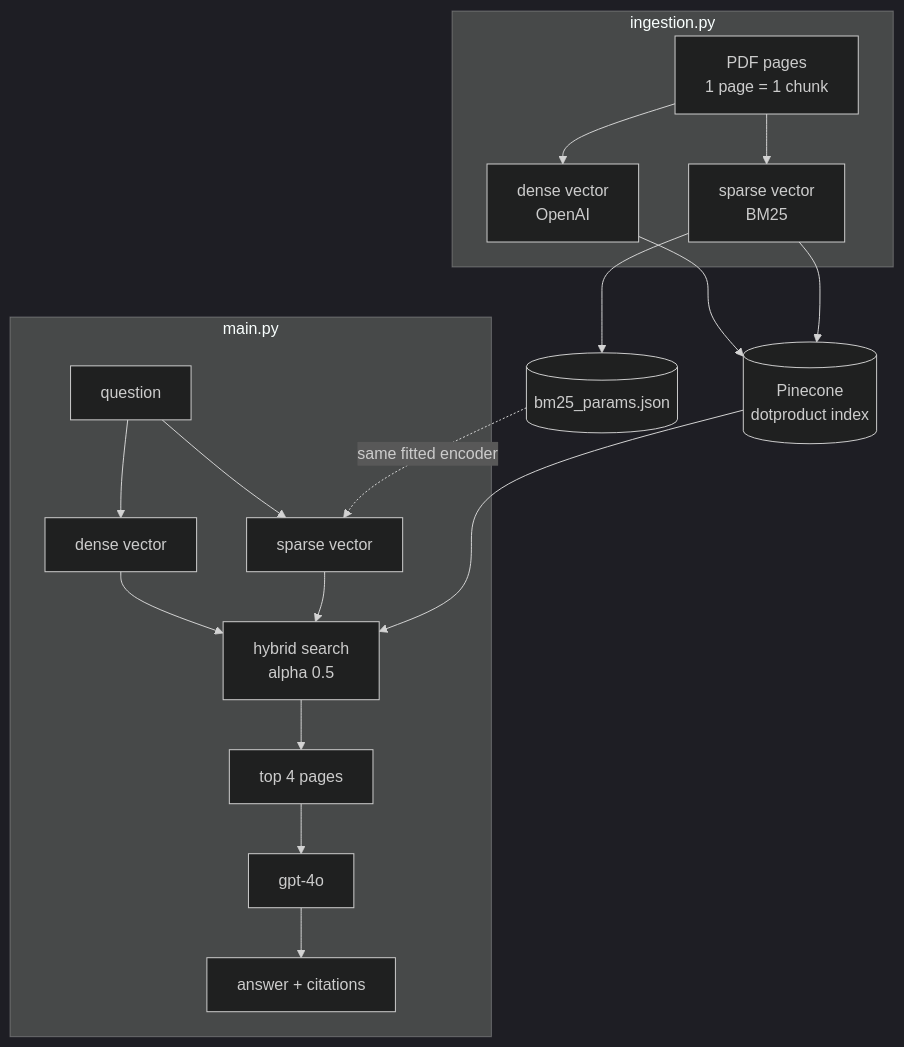
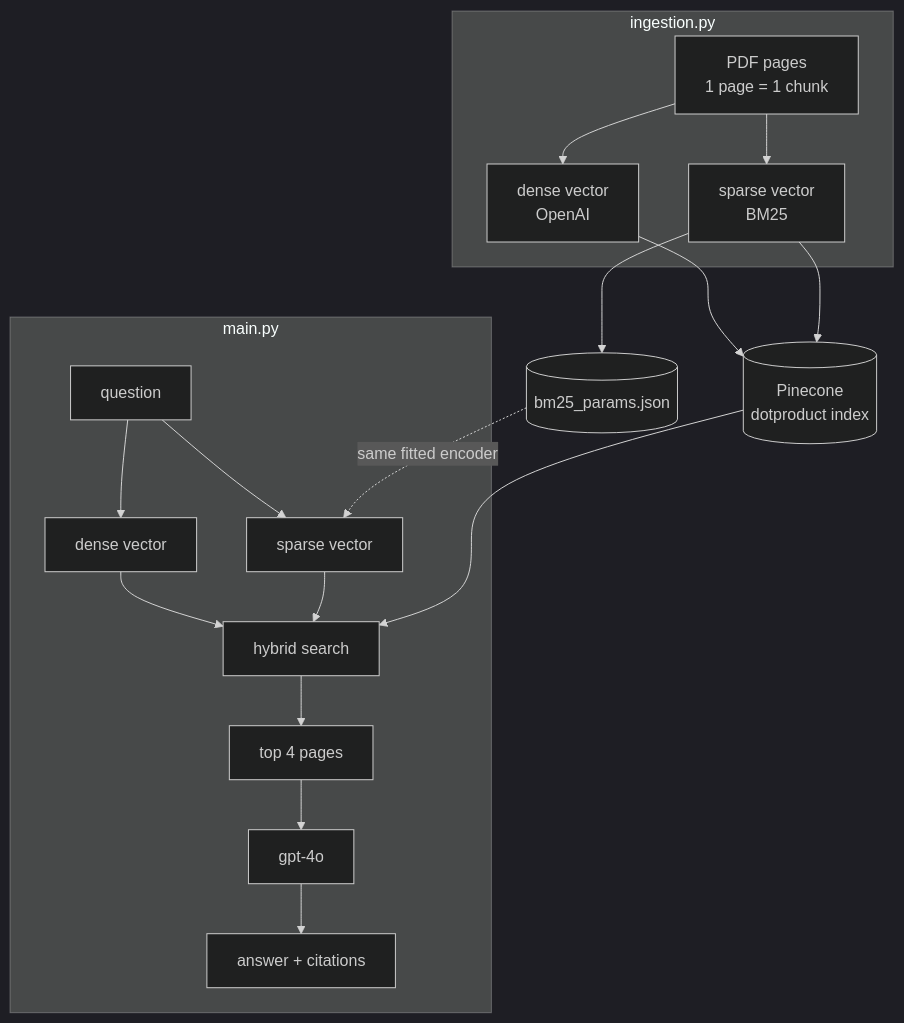
The diagram in README.md (krishnabujagouni/rag_homework), drawn with Mermaid (dark theme) before and after one commit.

Commit message:
Simplify architecture diagram

````diff
--- a/README.md
+++ b/README.md
@@ -8,24 +8,24 @@
 ```mermaid
 flowchart TD
     subgraph ING["ingestion.py"]
         A["PDF pages<br/>1 page = 1 chunk"] --> B["dense vector<br/>OpenAI"]
         A --> C["sparse vector<br/>BM25"]
     end
 
     B --> D[("Pinecone<br/>dotproduct index")]
     C --> D
     C --> E[("bm25_params.json")]
 
     subgraph QRY["main.py"]
         F["question"] --> G["dense vector"]
         F --> H["sparse vector"]
-        G --> I["hybrid search<br/>alpha 0.5"]
+        G --> I["hybrid search<br/>"]
         H --> I
         I --> J["top 4 pages"]
         J --> K["gpt-4o"]
         K --> L["answer + citations"]
     end
 
     E -.->|same fitted encoder| H
     D --> I
 ```
````
